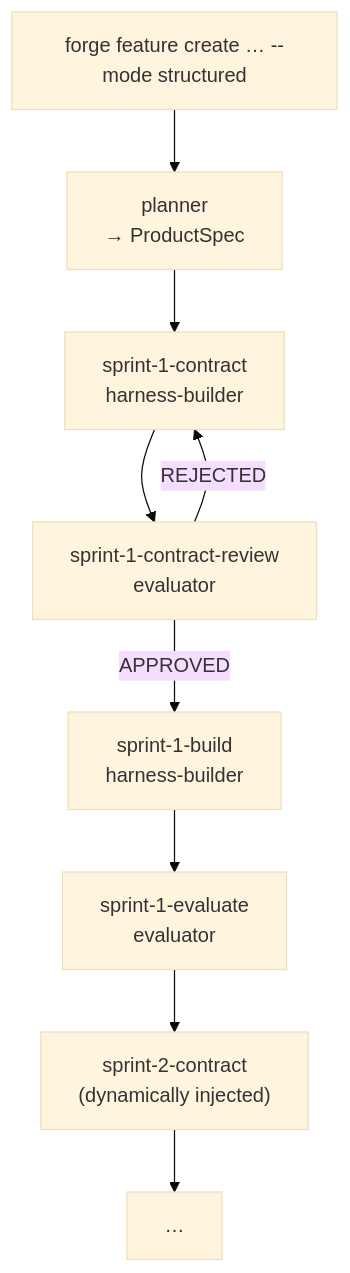
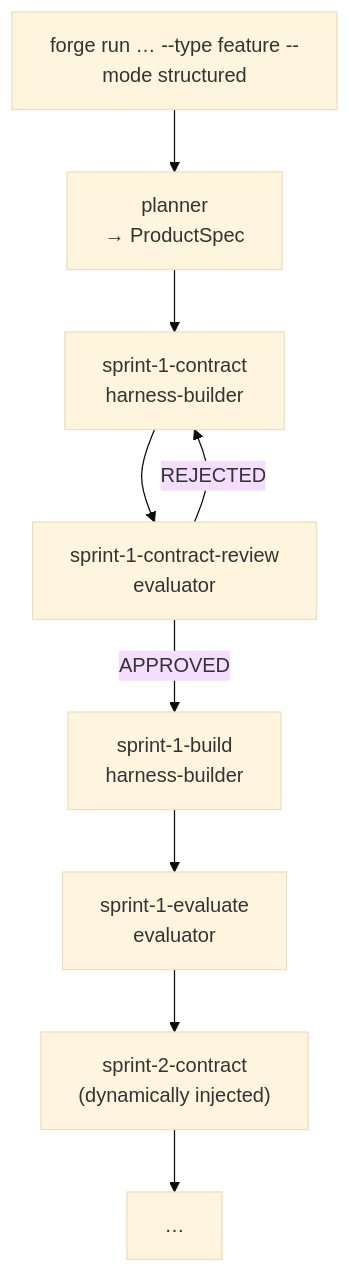
One commit to halilozdemr/forge changed the diagram in docs/harness.md. Above: the diagram before and after it, drawn with Mermaid (base theme). The commit also changed other lines of this file and 56 other files, not shown here.

````diff
--- a/docs/harness.md
+++ b/docs/harness.md
@@ -42,11 +44,11 @@
 ```mermaid
 graph TD
-    Request["forge feature create … --mode structured"] --> Planner["planner<br/>→ ProductSpec"]
+    Request["forge run … --type feature --mode structured"] --> Planner["planner<br/>→ ProductSpec"]
     Planner --> C1["sprint-1-contract<br/>harness-builder"]
     C1 --> R1["sprint-1-contract-review<br/>evaluator"]
     R1 -->|APPROVED| B1["sprint-1-build<br/>harness-builder"]
     R1 -->|REJECTED| C1
     B1 --> E1["sprint-1-evaluate<br/>evaluator"]
     E1 --> C2["sprint-2-contract<br/>(dynamically injected)"]
     C2 --> Dots["…"]
 ```
````
